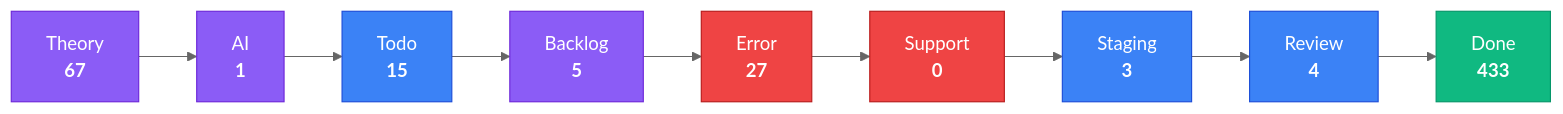
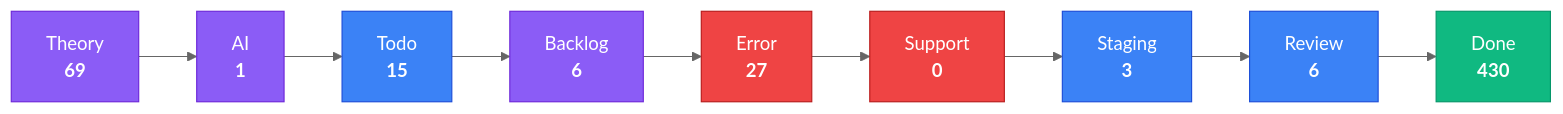
Before and after one commit to KBVE/kbve: the third of 4 diagrams in apps/kbve/astro-kbve/src/content/docs/dashboard/kanban-data.mdx, drawn with Mermaid (neutral theme). The commit also changed other lines of this file and 8 other files, not shown here.

````diff
--- a/apps/kbve/astro-kbve/src/content/docs/dashboard/kanban-data.mdx
+++ b/apps/kbve/astro-kbve/src/content/docs/dashboard/kanban-data.mdx
@@ -80,28 +80,28 @@
 ```mermaid
 flowchart LR
     classDef planning fill:#8b5cf6,stroke:#6d28d9,color:#fff
     classDef active fill:#3b82f6,stroke:#1d4ed8,color:#fff
     classDef blocked fill:#ef4444,stroke:#b91c1c,color:#fff
     classDef done fill:#10b981,stroke:#059669,color:#fff
-    Theory["Theory<br/><strong>67</strong>"]
+    Theory["Theory<br/><strong>69</strong>"]
     Theory --> AI
     AI["AI<br/><strong>1</strong>"]
     AI --> Todo
     Todo["Todo<br/><strong>15</strong>"]
     Todo --> Backlog
-    Backlog["Backlog<br/><strong>5</strong>"]
+    Backlog["Backlog<br/><strong>6</strong>"]
     Backlog --> Error
     Error["Error<br/><strong>27</strong>"]
     Error --> Support
     Support["Support<br/><strong>0</strong>"]
     Support --> Staging
     Staging["Staging<br/><strong>3</strong>"]
     Staging --> Review
-    Review["Review<br/><strong>4</strong>"]
+    Review["Review<br/><strong>6</strong>"]
     Review --> Done
-    Done["Done<br/><strong>433</strong>"]
+    Done["Done<br/><strong>430</strong>"]
     class Theory,AI,Backlog planning
     class Todo,Staging,Review active
     class Error,Support blocked
     class Done done
 ```
````
